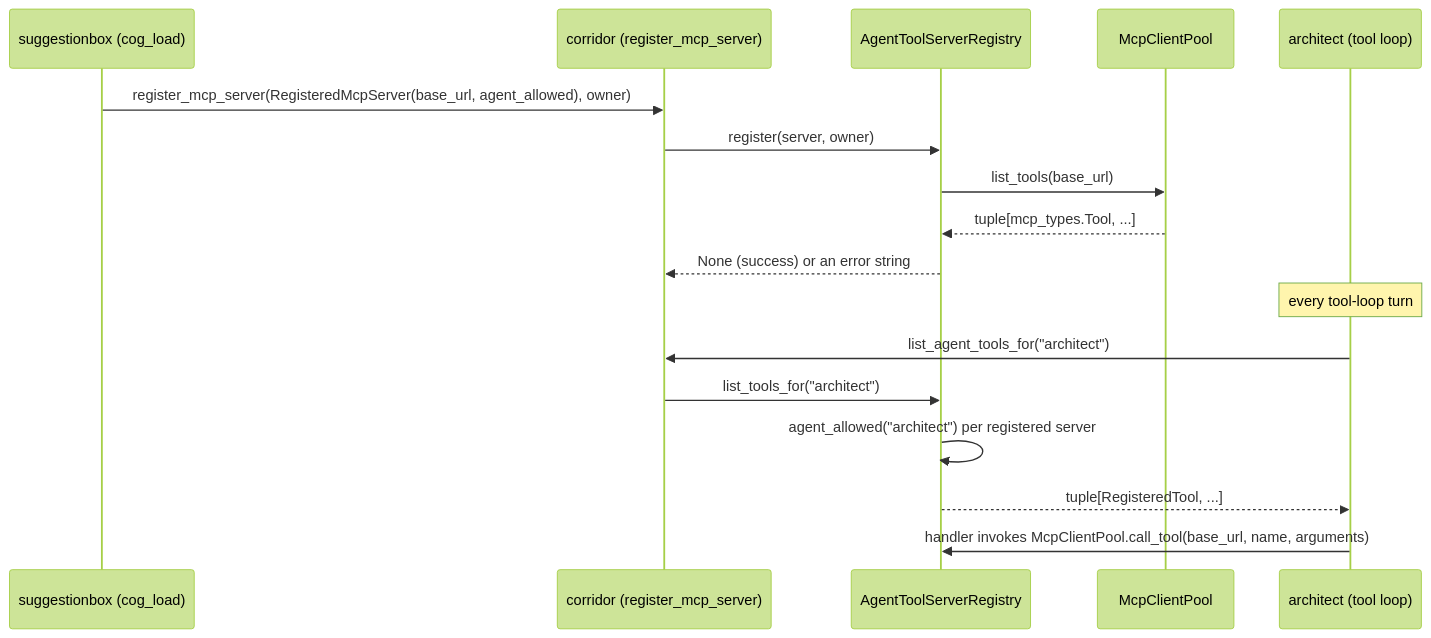
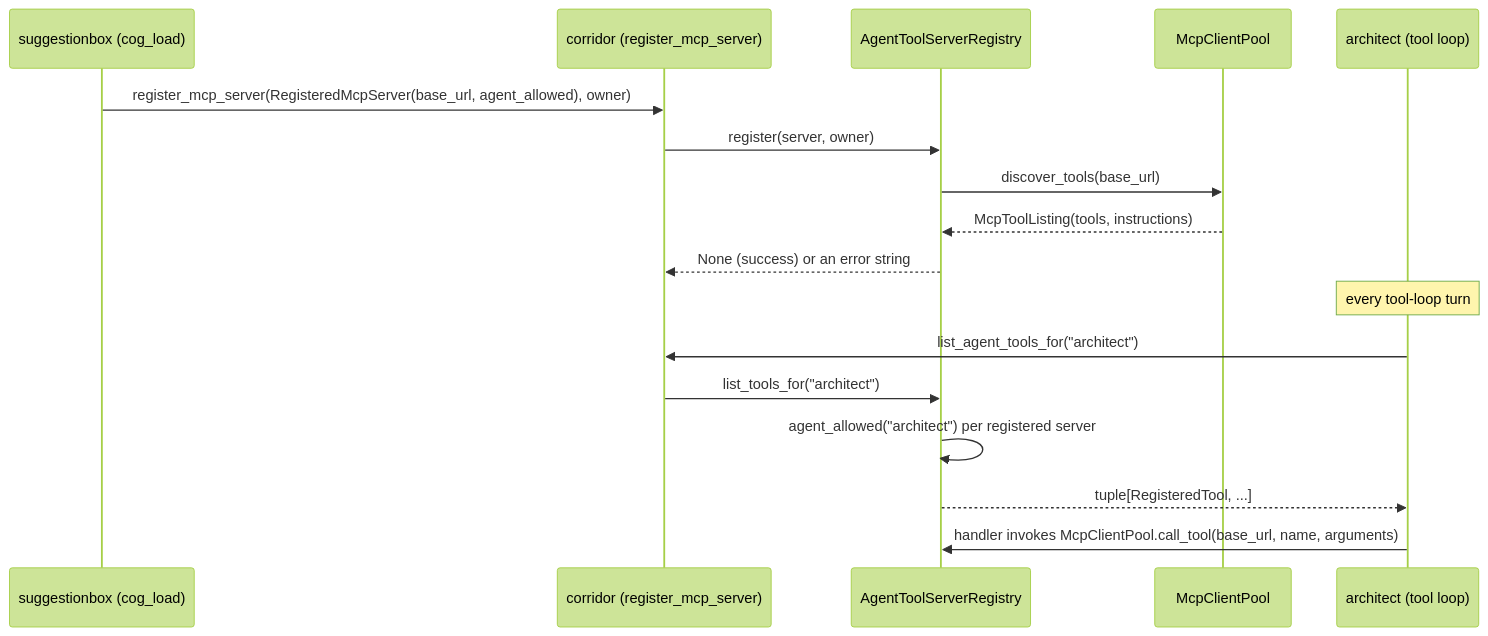
The fifth of 8 diagrams in docs/corridor.md (pixel-agents-hq/pixel-agents-cogs), drawn with Mermaid (forest theme) before and after one commit. The commit also changed other lines of this file and 17 other files, not shown here.

First line of the commit message:
feat(animator): native pixel-art-mcp drawing tools with live schema/instructions and image feedback (#92)

````diff
--- a/docs/corridor.md
+++ b/docs/corridor.md
@@ -291,21 +295,21 @@
 ```mermaid
 sequenceDiagram
     participant Sug as suggestionbox (cog_load)
     participant Cor as corridor (register_mcp_server)
     participant Reg as AgentToolServerRegistry
     participant Mcp as McpClientPool
     participant Arch as architect (tool loop)
 
     Sug->>Cor: register_mcp_server(RegisteredMcpServer(base_url, agent_allowed), owner)
     Cor->>Reg: register(server, owner)
-    Reg->>Mcp: list_tools(base_url)
-    Mcp-->>Reg: tuple[mcp_types.Tool, ...]
+    Reg->>Mcp: discover_tools(base_url)
+    Mcp-->>Reg: McpToolListing(tools, instructions)
     Reg-->>Cor: None (success) or an error string
 
     Note over Arch: every tool-loop turn
     Arch->>Cor: list_agent_tools_for("architect")
     Cor->>Reg: list_tools_for("architect")
     Reg->>Reg: agent_allowed("architect") per registered server
     Reg-->>Arch: tuple[RegisteredTool, ...]
     Arch->>Reg: handler invokes McpClientPool.call_tool(base_url, name, arguments)
 ```
````
